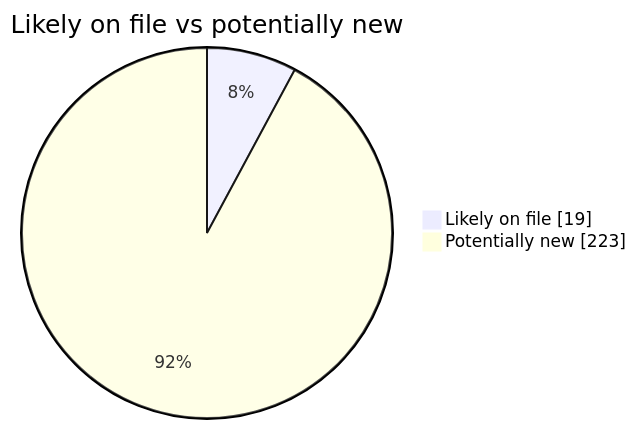
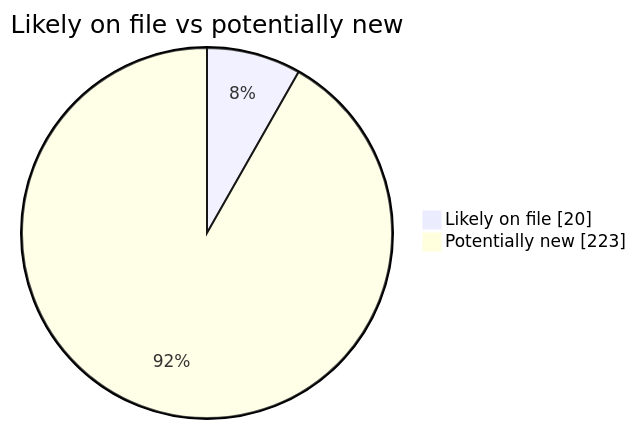
Before and after one commit to martinbalfanz/social-scanner-reports: the second of 4 diagrams in README.md, drawn with Mermaid. The commit also changed other lines of this file and 2 other files, not shown here.

````diff
--- a/README.md
+++ b/README.md
@@ -40,5 +40,5 @@
 ```mermaid
 pie showData title Likely on file vs potentially new
-    "Likely on file" : 19
+    "Likely on file" : 20
     "Potentially new" : 223
 ```
````
